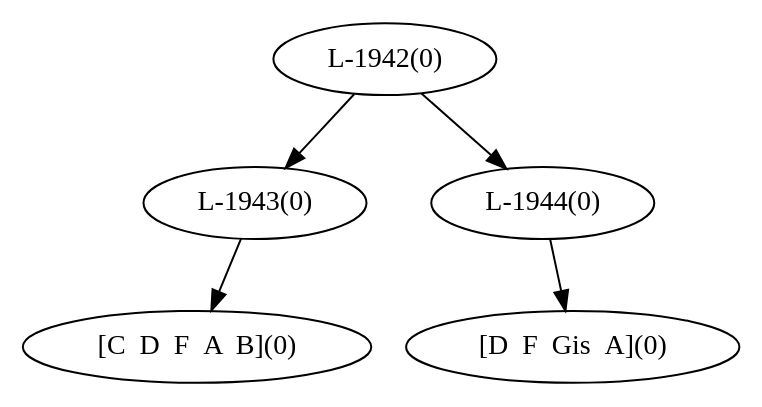
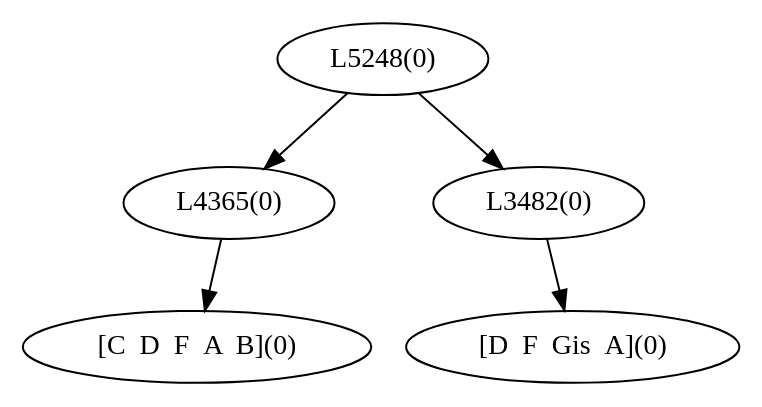
The diagram in Result/dot/generation9_utter1.dot (dousu/MAILM), drawn with Graphviz before and after one commit. The commit also changed 110 other files, not shown here.

```diff
--- a/Result/dot/generation9_utter1.dot
+++ b/Result/dot/generation9_utter1.dot
@@ -1,9 +1,9 @@
 digraph sample{
-"L-1943(0)"->"[C  D  F  A  B](0)"
-"L-1944(0)"->"[D  F  Gis  A](0)"
-"L-1942(0)"->"L-1943(0)"
-"L-1942(0)"->"L-1944(0)"
-{rank = min; "L-1942(0)"}
-{rank = same; "L-1943(0)"; "L-1944(0)";}
+"L4365(0)"->"[C  D  F  A  B](0)"
+"L3482(0)"->"[D  F  Gis  A](0)"
+"L5248(0)"->"L4365(0)"
+"L5248(0)"->"L3482(0)"
+{rank = min; "L5248(0)"}
+{rank = same; "L4365(0)"; "L3482(0)";}
 {rank = max; "[C  D  F  A  B](0)"; "[D  F  Gis  A](0)";}
 }
```
